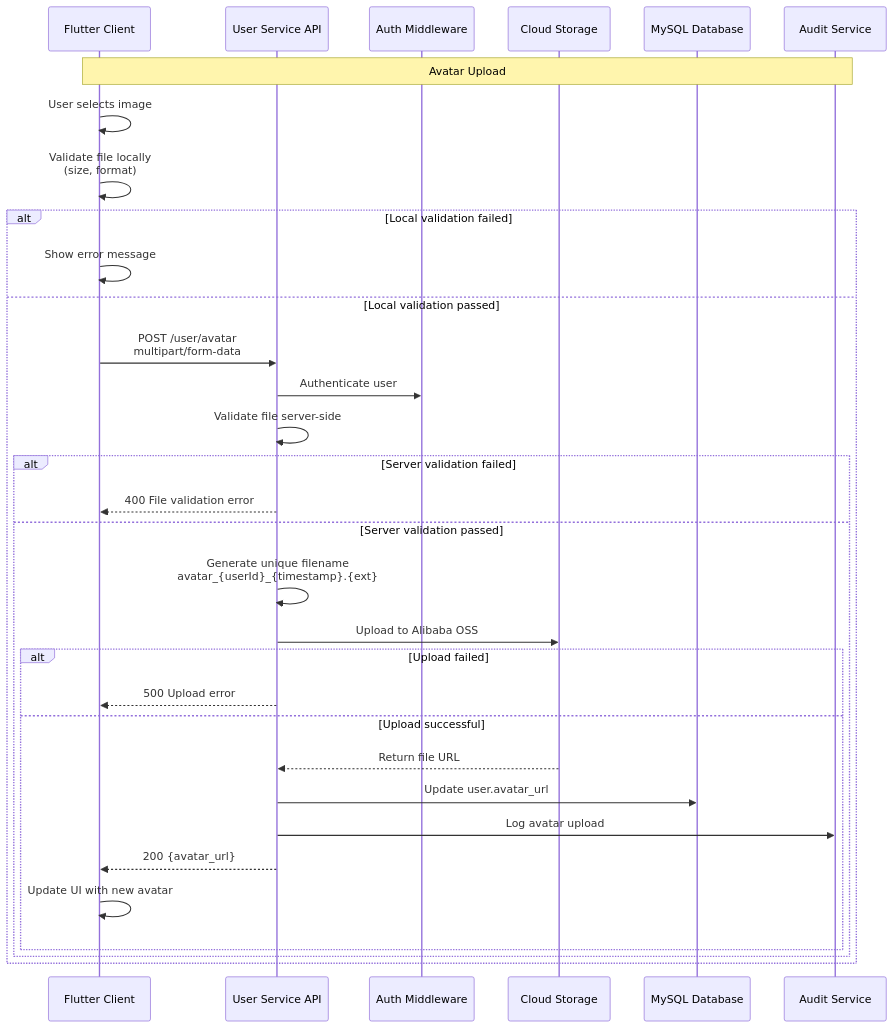
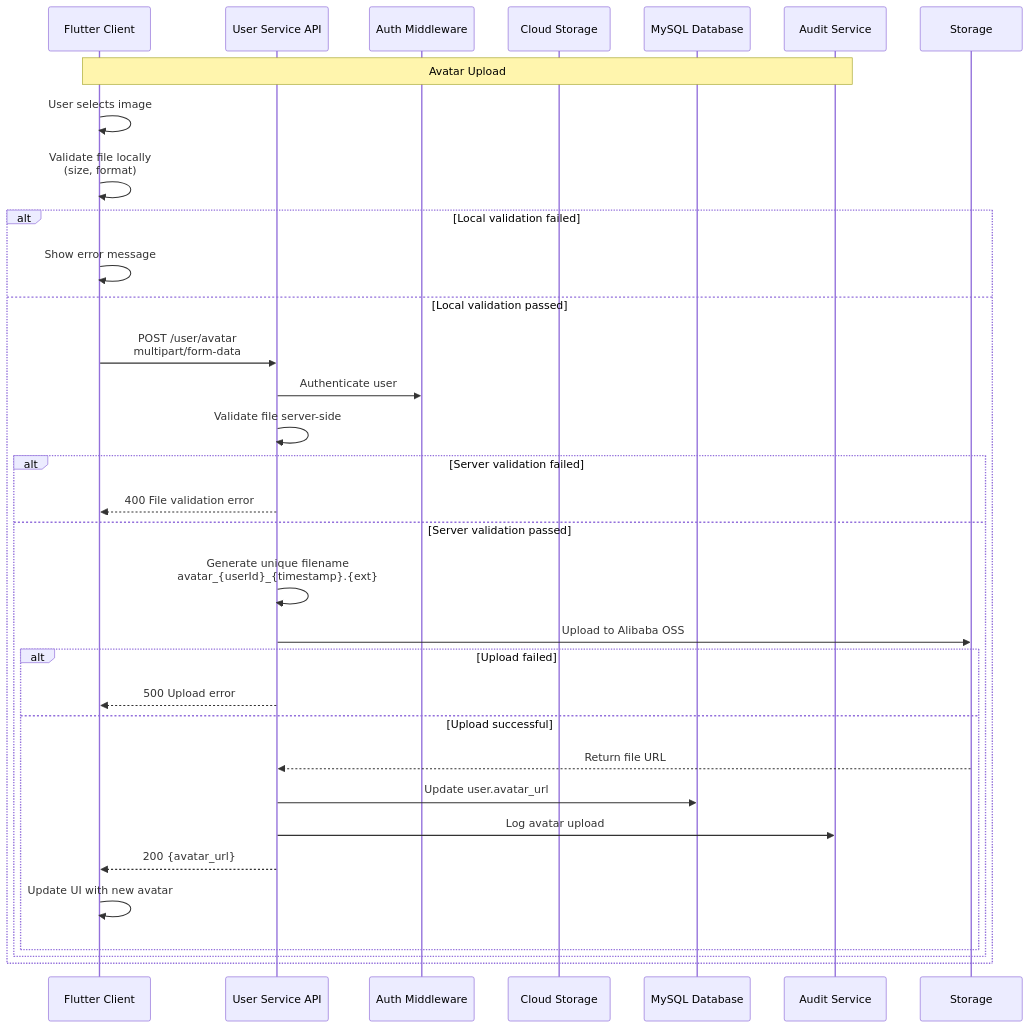
Diagram 11 of 21 in docs/API_WORKFLOW_DIAGRAMS.md (silver2843441367/lianxin), drawn with Mermaid before and after one commit. The commit also changed other lines of this file and 3 other files, not shown here.

````diff
--- a/docs/API_WORKFLOW_DIAGRAMS.md
+++ b/docs/API_WORKFLOW_DIAGRAMS.md
@@ -602,35 +602,35 @@
 ```mermaid
 sequenceDiagram
     participant Client as Flutter Client
     participant API as User Service API
     participant Auth as Auth Middleware
-    participant Storage as Cloud Storage
+    participant CloudStorage as Cloud Storage
     participant DB as MySQL Database
     participant Audit as Audit Service
-
+    
     Note over Client,Audit: Avatar Upload
     Client->>Client: User selects image
     Client->>Client: Validate file locally<br/>(size, format)
     alt Local validation failed
         Client->>Client: Show error message
     else Local validation passed
         Client->>API: POST /user/avatar<br/>multipart/form-data
         API->>Auth: Authenticate user
         API->>API: Validate file server-side
         alt Server validation failed
             API-->>Client: 400 File validation error
         else Server validation passed
             API->>API: Generate unique filename<br/>avatar_{userId}_{timestamp}.{ext}
             API->>Storage: Upload to Alibaba OSS
             alt Upload failed
                 API-->>Client: 500 Upload error
             else Upload successful
                 Storage-->>API: Return file URL
                 API->>DB: Update user.avatar_url
                 API->>Audit: Log avatar upload
                 API-->>Client: 200 {avatar_url}
                 Client->>Client: Update UI with new avatar
             end
         end
     end
 ```
````
